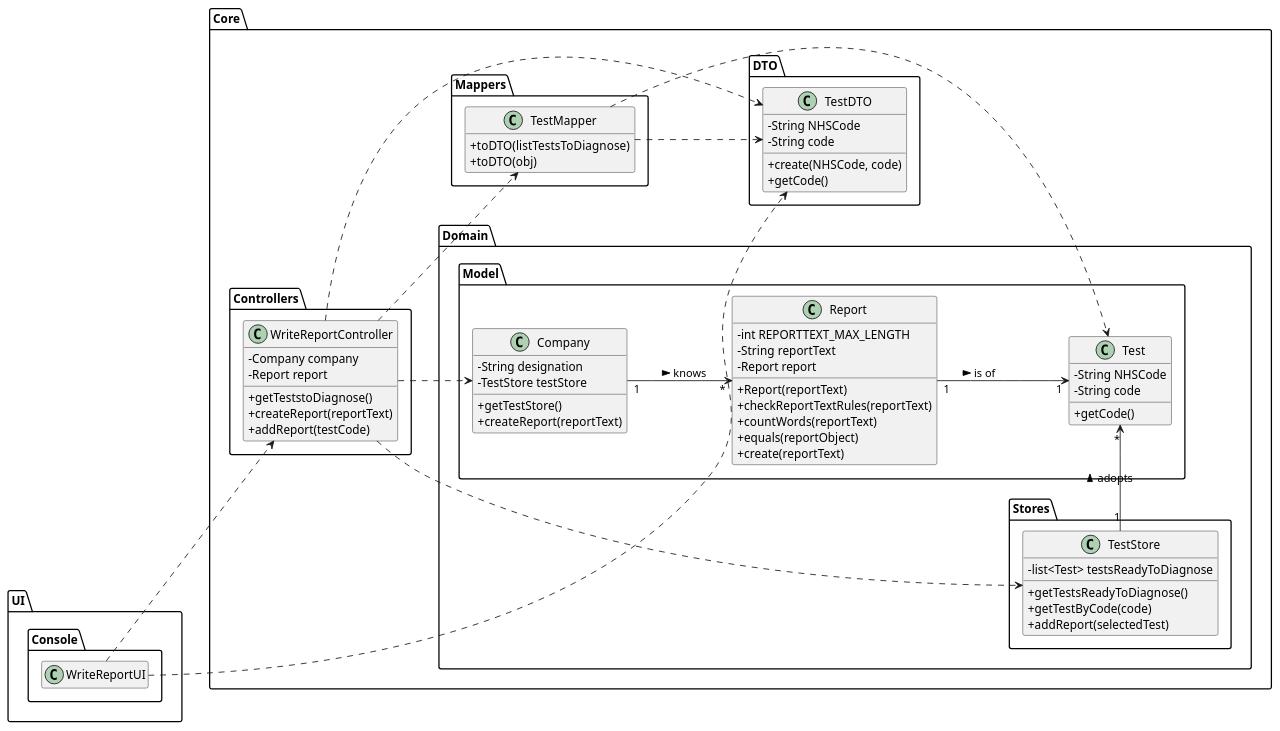
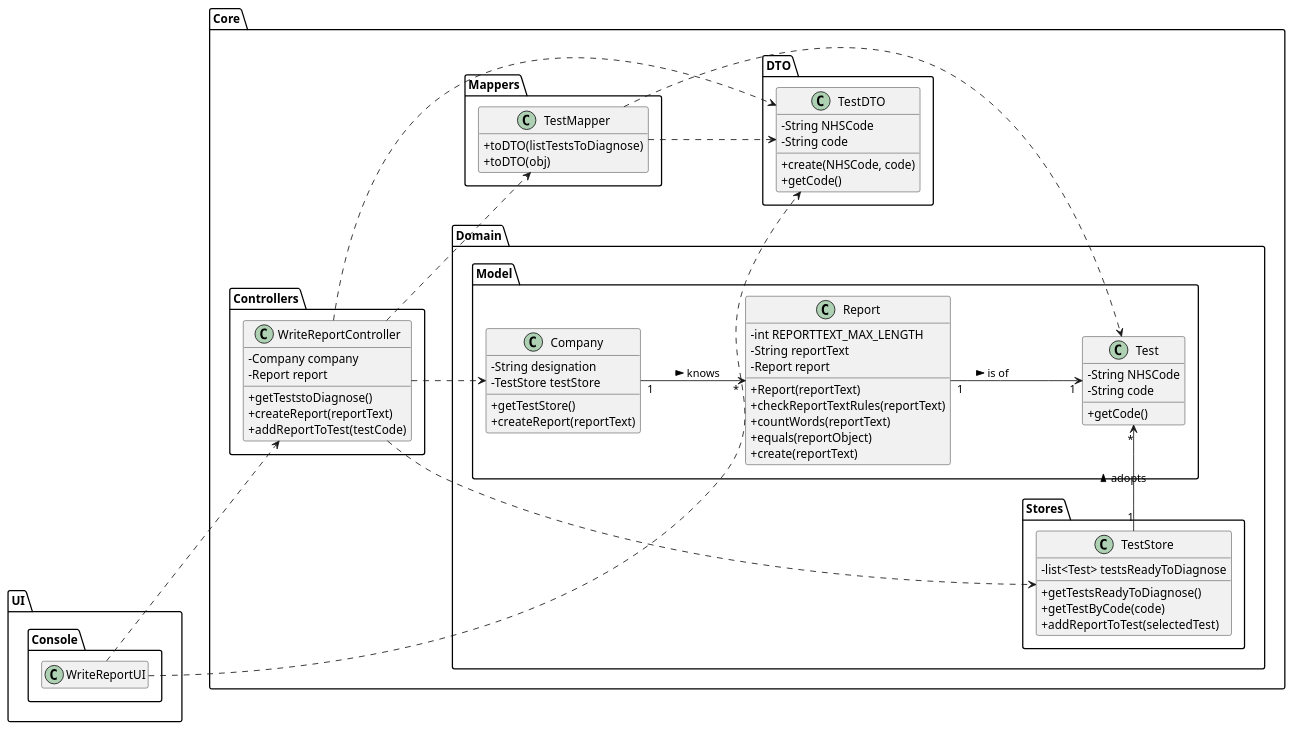
The diagram in docs/SprintC/US_14/US14_CD.puml (ana-albergaria/LAPR2-ISEP), drawn with PlantUML before and after one commit. The commit also changed 3 other files, not shown here.

```diff
--- a/docs/SprintC/US_14/US14_CD.puml
+++ b/docs/SprintC/US_14/US14_CD.puml
@@ -1,109 +1,109 @@
 @startuml
 hide empty methods
 hide empty attributes
 left to right direction
 skinparam classAttributeIconSize 0
 
 package Core {
 
 package Domain {
 
 package Model {
 
 class Company {
     -String designation
     -TestStore testStore
     +getTestStore()
     +createReport(reportText)
 }
 
 class Report {
     - int REPORTTEXT_MAX_LENGTH
     - String reportText
     - Report report
     + Report(reportText)
     + checkReportTextRules(reportText)
     + countWords(reportText)
     + equals(reportObject)
     + create(reportText)
 }
 
 class Test {
     -String NHSCode
     -String code
     +getCode()
 }
 
 }
 
 package Stores {
 
 class TestStore {
     -list<Test> testsReadyToDiagnose
     +getTestsReadyToDiagnose()
     +getTestByCode(code)
-    +addReport(selectedTest)
+    +addReportToTest(selectedTest)
 }
 
 }
 
 }
 
 package Mappers {
 
 class TestMapper {
     +toDTO(listTestsToDiagnose)
     +toDTO(obj)
 }
 
 }
 
 package DTO {
 
 class TestDTO {
     -String NHSCode
     -String code
     +create(NHSCode, code)
     +getCode()
 }
 
 }
 
 package Controllers {
 
 class WriteReportController {
     -Company company
     -Report report
     +getTeststoDiagnose()
     +createReport(reportText)
-    +addReport(testCode)
+    +addReportToTest(testCode)
 }
 
 }
 
 }
 
 package UI {
 
 package Console {
 
 class WriteReportUI {
 }
 
 }
 
 }
 
 WriteReportUI ..> WriteReportController
 WriteReportUI ..> TestDTO
 WriteReportController ..> TestMapper
 WriteReportController ..> Company
 WriteReportController ..> TestStore
 WriteReportController ..> TestDTO
 TestStore "1" -> "*" Test : adopts >
 Company "1" --> "*" Report : knows >
 Report "1" --> "1" Test : is of >
 TestMapper ..> Test
 TestMapper ..> TestDTO
 
 @enduml
```
